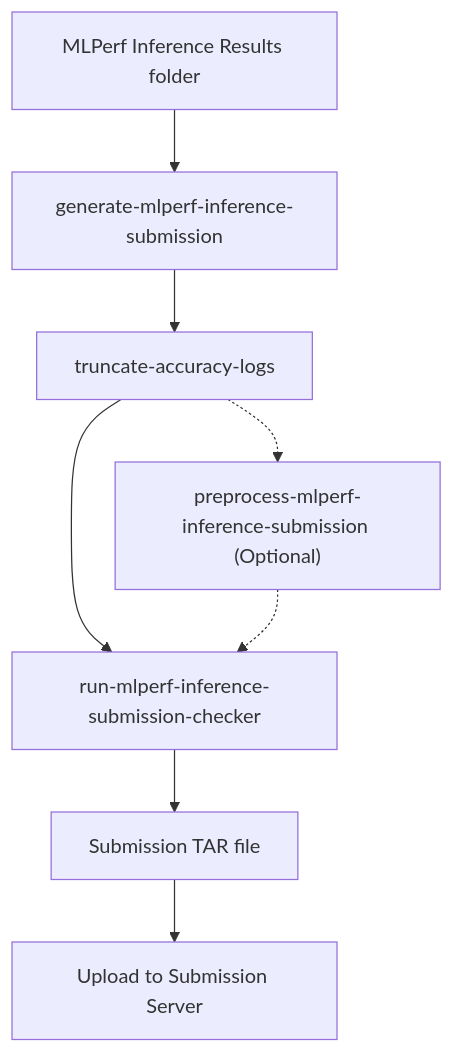
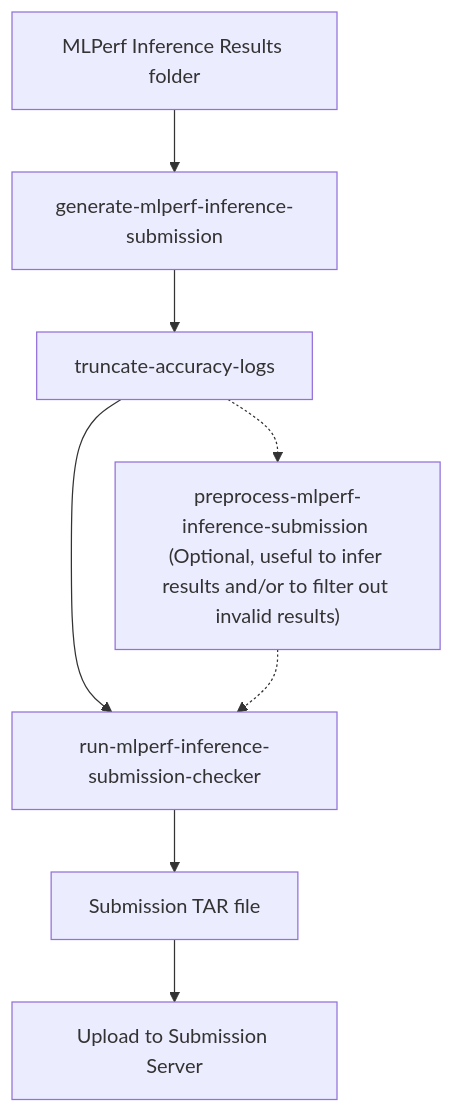
Before and after one commit to GATEOverflow/inference: the diagram in docs/submission/index.md, drawn with Mermaid.

````diff
--- a/docs/submission/index.md
+++ b/docs/submission/index.md
@@ -13,10 +13,10 @@
 ```mermaid
 flowchart TD
     A[MLPerf Inference Results folder] --> B[generate-mlperf-inference-submission]
     B --> C[truncate-accuracy-logs]
     C --> D[run-mlperf-inference-submission-checker]
-    C -.-> E["preprocess-mlperf-inference-submission (Optional)"]
+    C -.-> E["preprocess-mlperf-inference-submission (Optional, useful to infer results and/or to filter out invalid results)"]
     E -.-> D
     D --> F[Submission TAR file]
     F --> G[Upload to Submission Server]
 ```
````
